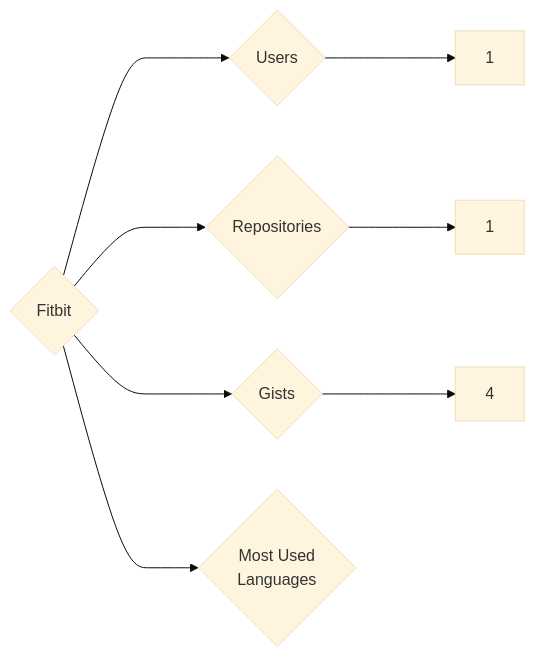
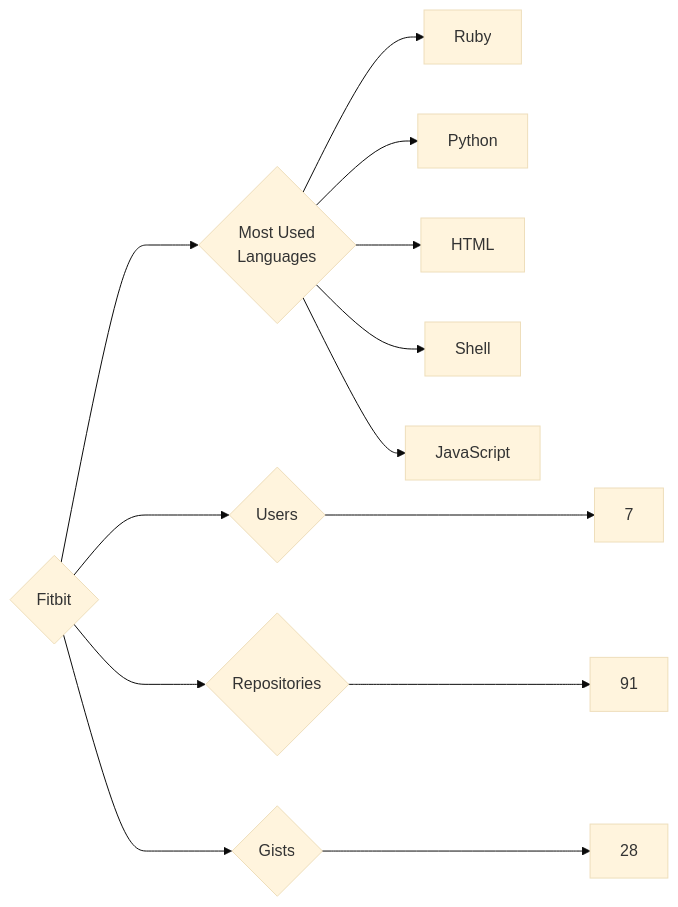
The diagram in targets/Fitbit/README.md (trickest/insiders), drawn with Mermaid (base theme) before and after one commit. The commit also changed 1149 other files, not shown here.

````diff
--- a/targets/Fitbit/README.md
+++ b/targets/Fitbit/README.md
@@ -3,8 +3,13 @@
 ```mermaid
 graph LR
 COMPANY_NAME{Fitbit}
-COMPANY_NAME ---> U{Users} ---> UN[1]
-COMPANY_NAME ---> R{Repositories} ---> RN[1]
-COMPANY_NAME ---> G{Gists} ---> GN[4]
+COMPANY_NAME ---> U{Users} ---> UN[7]
+COMPANY_NAME ---> R{Repositories} ---> RN[91]
+COMPANY_NAME ---> G{Gists} ---> GN[28]
 COMPANY_NAME ---> ML{Most Used<br>Languages}
+ML --> Ruby[Ruby]
+ML --> Python[Python]
+ML --> HTML[HTML]
+ML --> Shell[Shell]
+ML --> JavaScript[JavaScript]
 ```
````
